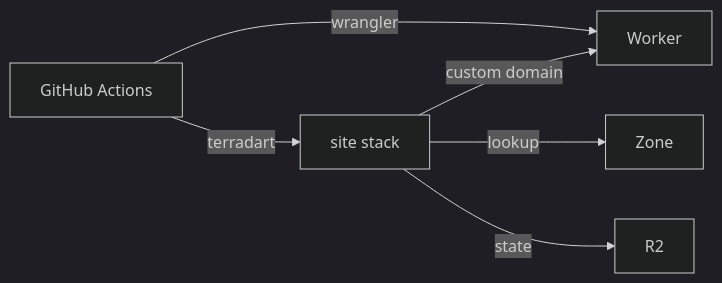
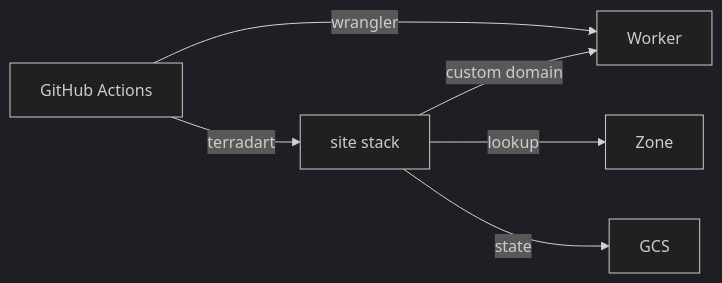
One commit to koborin-ai/site changed the diagram in README.md. Above: the diagram before and after it, drawn with Mermaid (dark theme). The commit also changed other lines of this file and 1 other file, not shown here.

First line of the commit message:
docs: record the GCS state backend

````diff
--- a/README.md
+++ b/README.md
@@ -22,14 +24,14 @@
 ```mermaid
 flowchart LR
   actions[GitHub Actions]
   worker[Worker]
   stack[site stack]
   zone[Zone]
-  r2[R2]
+  gcs[GCS]
 
   actions -->|wrangler| worker
   actions -->|terradart| stack
   stack -->|lookup| zone
   stack -->|custom domain| worker
-  stack -->|state| r2
+  stack -->|state| gcs
 ```
````
